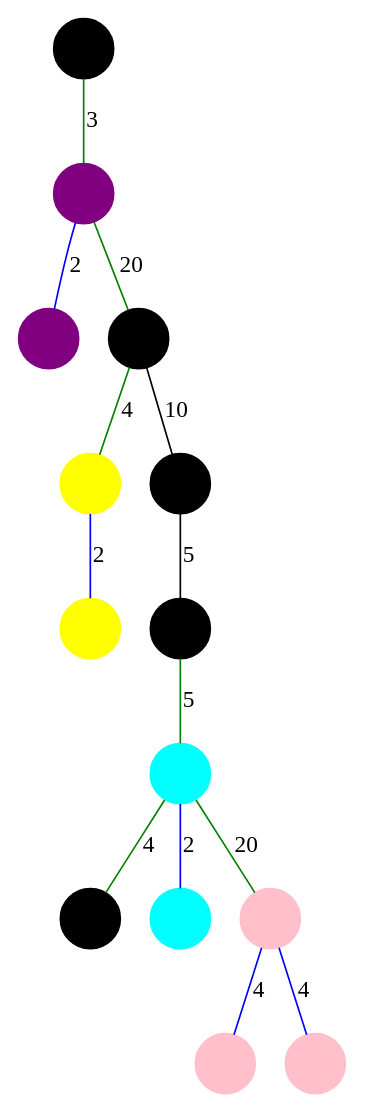
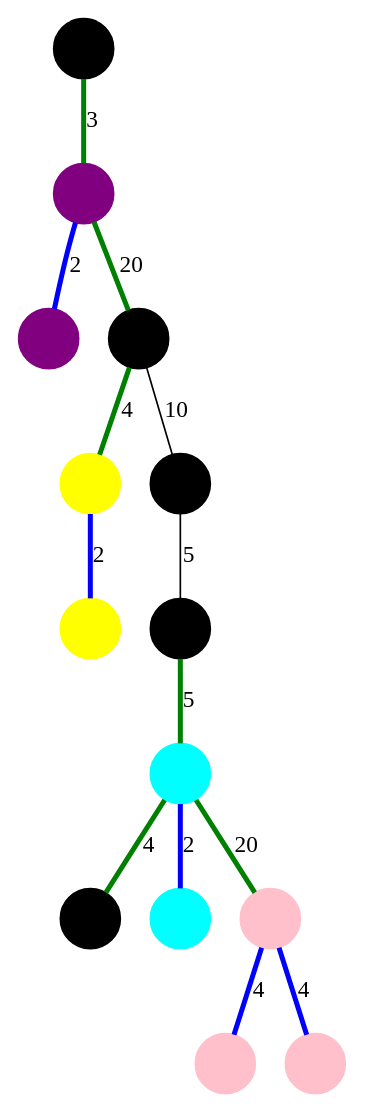
One commit to sgolodetz/thesis changed the diagram in segmentation/graphs/marcowaterfall/propagation-a.gv. Above: the diagram before and after it, drawn with Graphviz. The commit also changed 13 other files, not shown here.

```diff
--- a/segmentation/graphs/marcowaterfall/propagation-a.gv
+++ b/segmentation/graphs/marcowaterfall/propagation-a.gv
@@ -1,30 +1,30 @@
 digraph
 {
 	compound = true;
 	node [shape=circle, style=filled, color=black, label=""];
 	edge [dir=both, arrowtail=none, arrowhead=none];
 
-	n0 -> n1 [label=3, color=green];
-	n1 -> n2 [label=2, color=blue];
-	n1 -> n3 [label=20, color=green];
-	n3 -> n4 [label=4, color=green];
+	n0 -> n1 [label=3, color=green, penwidth=3];
+	n1 -> n2 [label=2, color=blue, penwidth=3];
+	n1 -> n3 [label=20, color=green, penwidth=3];
+	n3 -> n4 [label=4, color=green, penwidth=3];
 	n3 -> n5 [label=10];
-	n4 -> n6 [label=2, color=blue];
+	n4 -> n6 [label=2, color=blue, penwidth=3];
 	n5 -> n7 [label=5];
-	n7 -> n8 [label=5, color=green];
-	n8 -> n9 [label=4, color=green];
-	n8 -> n10 [label=2, color=blue];
-	n8 -> n11 [label=20, color=green];
-	n11 -> n12 [label=4, color=blue];
-	n11 -> n13 [label=4, color=blue];
+	n7 -> n8 [label=5, color=green, penwidth=3];
+	n8 -> n9 [label=4, color=green, penwidth=3];
+	n8 -> n10 [label=2, color=blue, penwidth=3];
+	n8 -> n11 [label=20, color=green, penwidth=3];
+	n11 -> n12 [label=4, color=blue, penwidth=3];
+	n11 -> n13 [label=4, color=blue, penwidth=3];
 
 	n1 [color=purple];
 	n2 [color=purple];
 	n4 [color=yellow];
 	n6 [color=yellow];
 	n8 [color=cyan];
 	n10 [color=cyan];
 	n11 [color=pink];
 	n12 [color=pink];
 	n13 [color=pink];
 }
```
